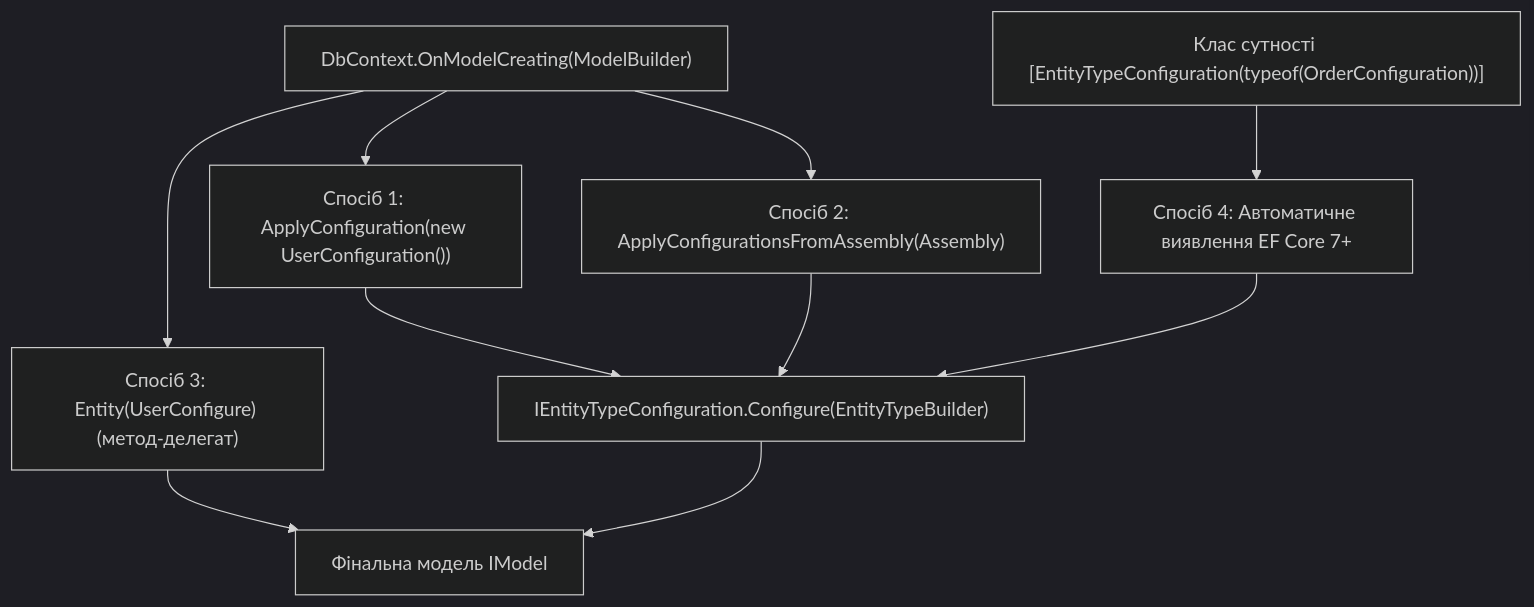
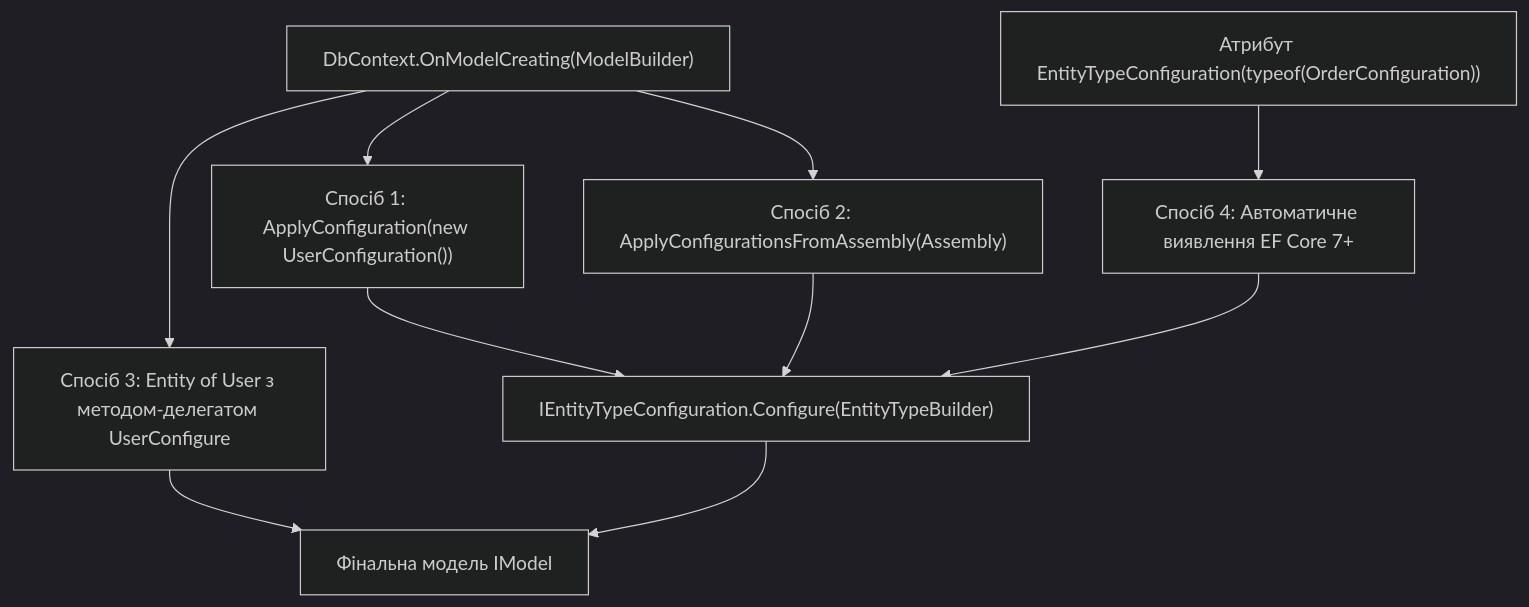
One commit to MrTomkaYurii/EFCore-Console-Mastery changed the diagram in Docs/03_ModelsAndMapping/2_13_ModelConfiguration.md. Above: the diagram before and after it, drawn with Mermaid (dark theme). The commit also changed other lines of this file and 66 other files, not shown here.

````diff
--- a/Docs/03_ModelsAndMapping/2_13_ModelConfiguration.md
+++ b/Docs/03_ModelsAndMapping/2_13_ModelConfiguration.md
@@ -84,12 +86,12 @@
 ```mermaid
 flowchart TD
     A["DbContext.OnModelCreating(ModelBuilder)"] --> B["Спосіб 1: ApplyConfiguration(new UserConfiguration())"]
     A --> C["Спосіб 2: ApplyConfigurationsFromAssembly(Assembly)"]
-    A --> D["Спосіб 3: Entity<User>(UserConfigure) (метод-делегат)"]
-    E["Клас сутності [EntityTypeConfiguration(typeof(OrderConfiguration))]"] --> F["Спосіб 4: Автоматичне виявлення EF Core 7+"]
-    B --> G["IEntityTypeConfiguration<T>.Configure(EntityTypeBuilder<T>)"]
+    A --> D["Спосіб 3: Entity of User з методом-делегатом UserConfigure"]
+    E["Атрибут EntityTypeConfiguration(typeof(OrderConfiguration))"] --> F["Спосіб 4: Автоматичне виявлення EF Core 7+"]
+    B --> G["IEntityTypeConfiguration.Configure(EntityTypeBuilder)"]
     C --> G
     F --> G
     D --> H["Фінальна модель IModel"]
     G --> H
 ```
````
